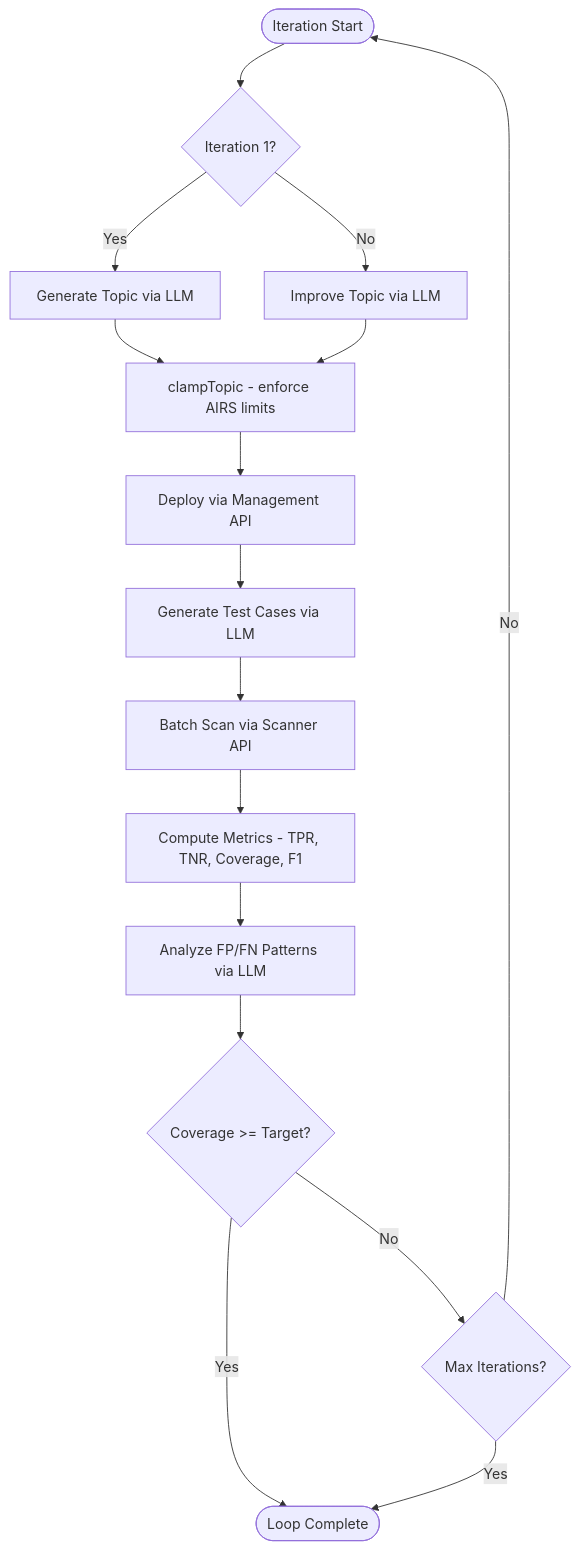
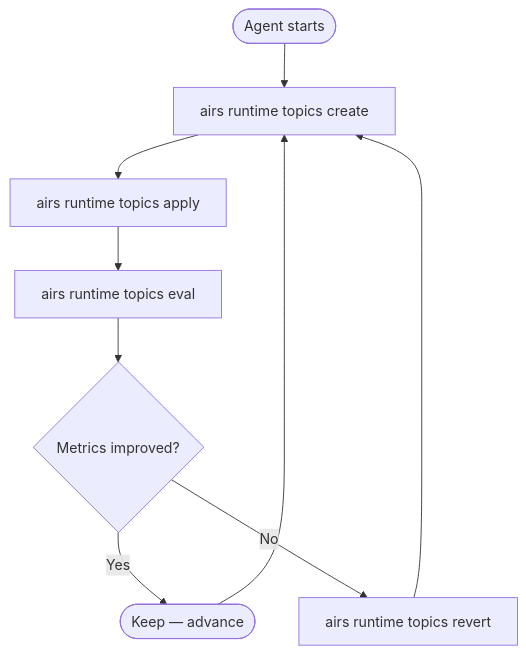
Before and after one commit to cdot65/prisma-airs-cli: the diagram in docs/architecture/core-loop.md, drawn with Mermaid. The commit also changed other lines of this file and 87 other files, not shown here.

First line of the commit message:
feat: agent instruction ecosystem + intent-aware eval (#37)

````diff
--- a/docs/architecture/core-loop.md
+++ b/docs/architecture/core-loop.md
@@ -9,18 +9,11 @@
 ```mermaid
 flowchart TD
-    Start([Iteration Start]) --> GenOrImprove{Iteration 1?}
-    GenOrImprove -->|Yes| Generate[Generate Topic via LLM]
-    GenOrImprove -->|No| Improve[Improve Topic via LLM]
-    Generate --> Clamp[clampTopic - enforce AIRS limits]
-    Improve --> Clamp
-    Clamp --> Deploy[Deploy via Management API]
-    Deploy --> TestGen[Generate Test Cases via LLM]
-    TestGen --> Scan[Batch Scan via Scanner API]
-    Scan --> Metrics[Compute Metrics - TPR, TNR, Coverage, F1]
-    Metrics --> Analyze[Analyze FP/FN Patterns via LLM]
-    Analyze --> Check{Coverage >= Target?}
-    Check -->|Yes| Complete([Loop Complete])
-    Check -->|No| MaxCheck{Max Iterations?}
-    MaxCheck -->|Yes| Complete
-    MaxCheck -->|No| Start
+    Start([Agent starts]) --> Create[airs runtime topics create]
+    Create --> Apply[airs runtime topics apply]
+    Apply --> Eval[airs runtime topics eval]
+    Eval --> Check{Metrics improved?}
+    Check -->|Yes| Keep([Keep — advance])
+    Check -->|No| Revert[airs runtime topics revert]
+    Revert --> Create
+    Keep --> Create
 ```
````
